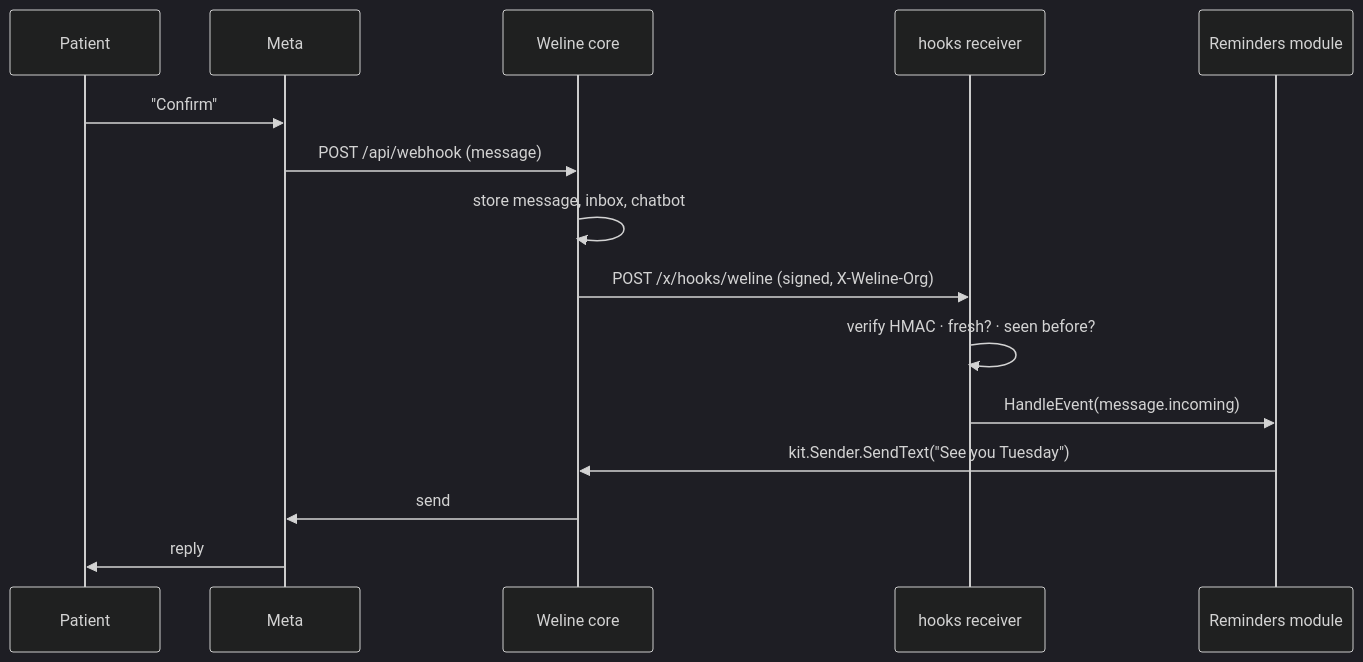
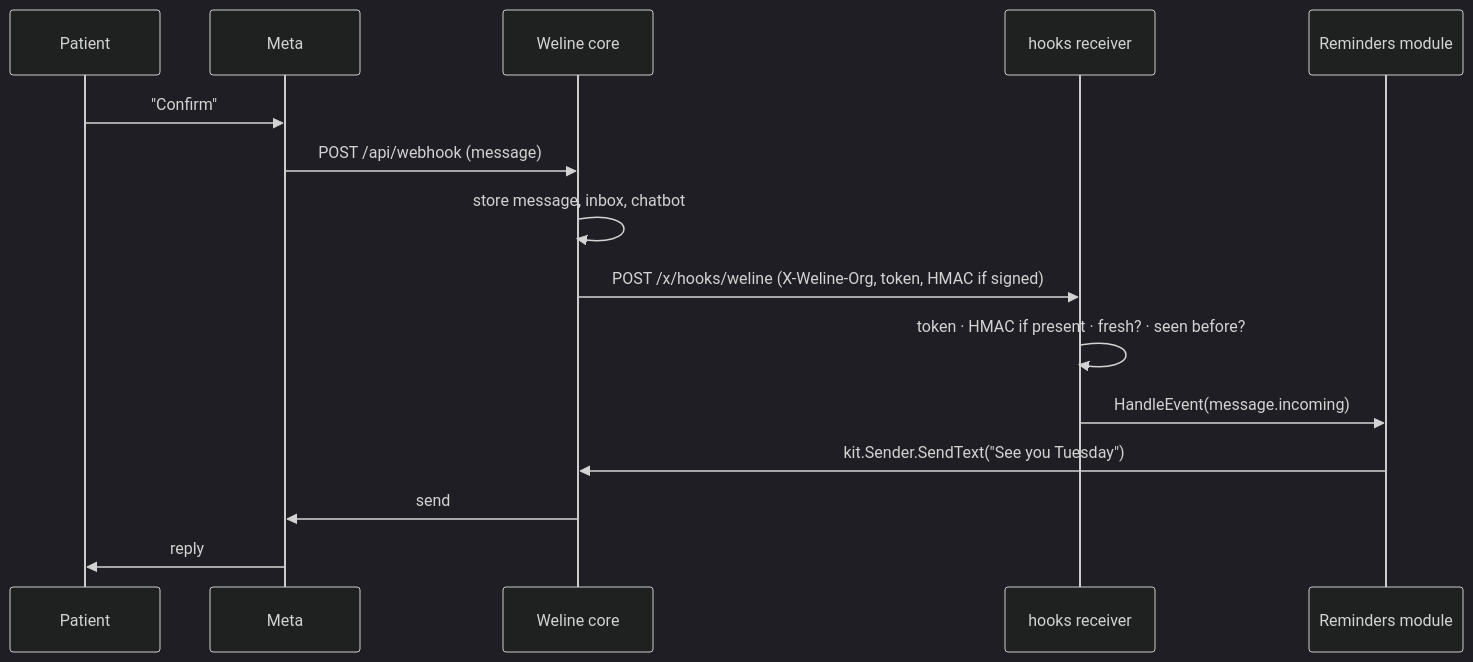
The second of 2 diagrams in wl-docs/architecture.md (irajput215/weline), drawn with Mermaid (dark theme) before and after one commit. The commit also changed other lines of this file and 5 other files, not shown here.

````diff
--- a/wl-docs/architecture.md
+++ b/wl-docs/architecture.md
@@ -92,17 +93,17 @@
 ```mermaid
 sequenceDiagram
     participant P as Patient
     participant M as Meta
     participant C as Weline core
     participant H as hooks receiver
     participant R as Reminders module
     P->>M: "Confirm"
     M->>C: POST /api/webhook (message)
     C->>C: store message, inbox, chatbot
-    C->>H: POST /x/hooks/weline (signed, X-Weline-Org)
-    H->>H: verify HMAC · fresh? · seen before?
+    C->>H: POST /x/hooks/weline (X-Weline-Org, token, HMAC if signed)
+    H->>H: token · HMAC if present · fresh? · seen before?
     H->>R: HandleEvent(message.incoming)
     R->>C: kit.Sender.SendText("See you Tuesday")
     C->>M: send
     M->>P: reply
 ```
````
